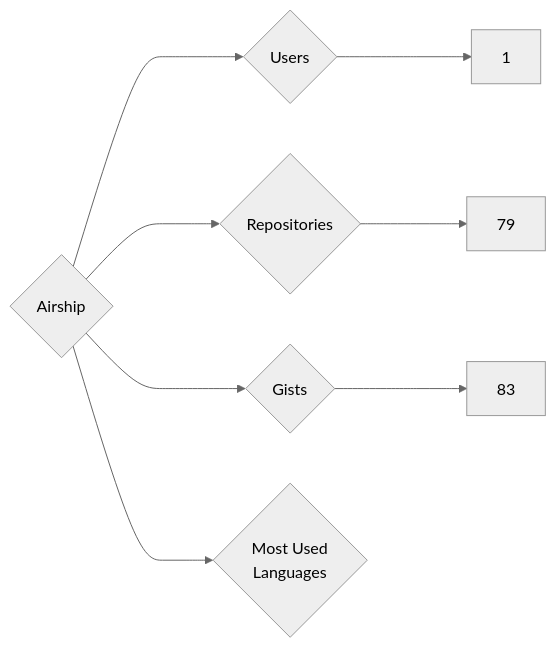
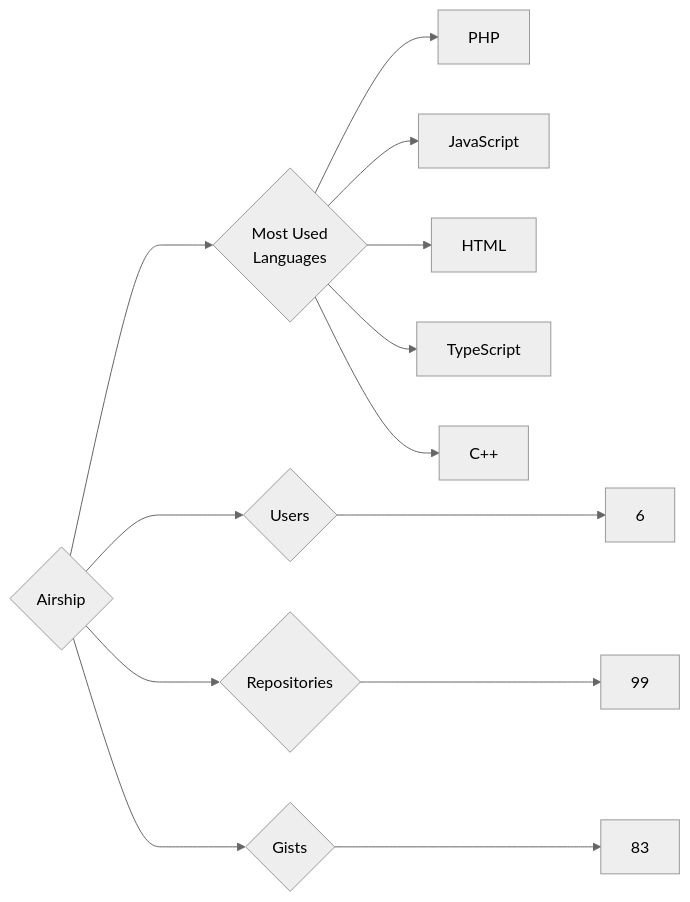
The diagram in targets/Airship/README.md (trickest/insiders), drawn with Mermaid (neutral theme) before and after one commit. The commit also changed 782 other files, not shown here.

````diff
--- a/targets/Airship/README.md
+++ b/targets/Airship/README.md
@@ -3,8 +3,13 @@
 ```mermaid
 graph LR
 COMPANY_NAME{Airship}
-COMPANY_NAME ---> U{Users} ---> UN[1]
-COMPANY_NAME ---> R{Repositories} ---> RN[79]
+COMPANY_NAME ---> U{Users} ---> UN[6]
+COMPANY_NAME ---> R{Repositories} ---> RN[99]
 COMPANY_NAME ---> G{Gists} ---> GN[83]
 COMPANY_NAME ---> ML{Most Used<br>Languages}
+ML --> PHP[PHP]
+ML --> JavaScript[JavaScript]
+ML --> HTML[HTML]
+ML --> TypeScript[TypeScript]
+ML --> C++[C++]
 ```
````
